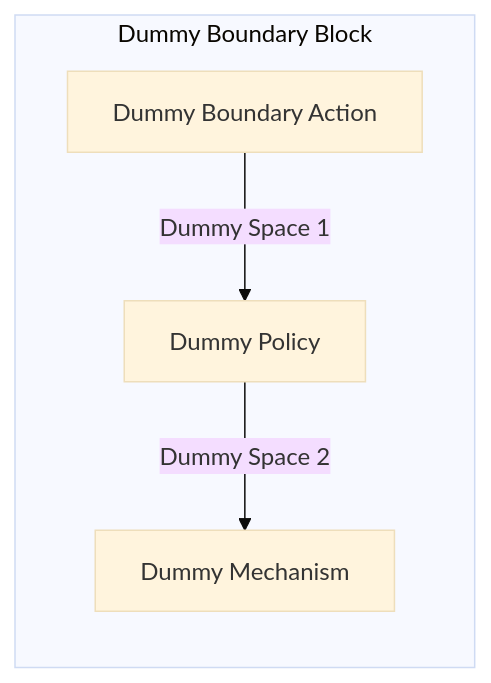
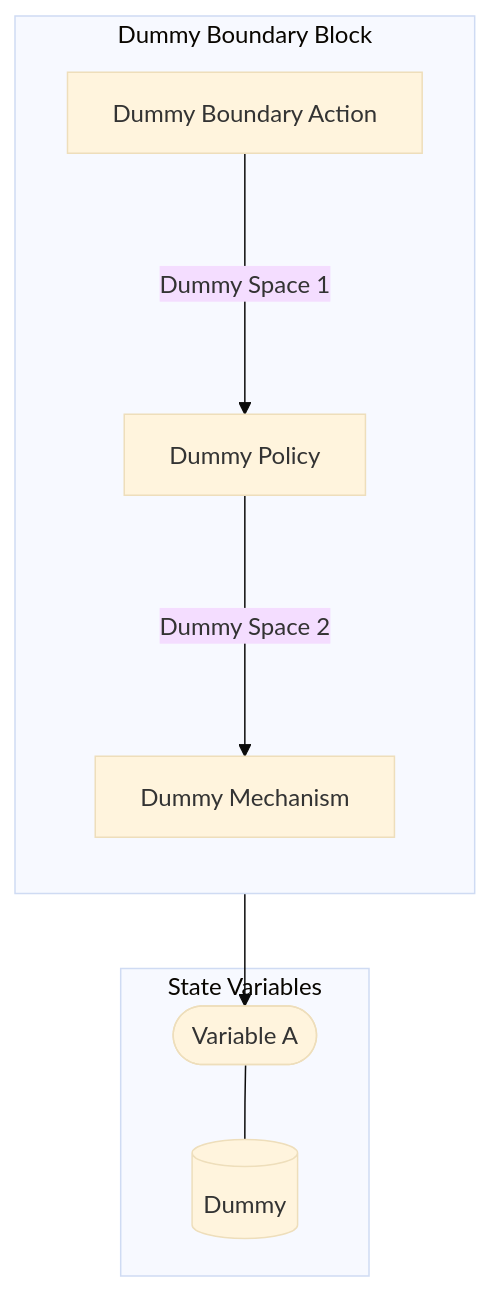
Before and after one commit to BlockScience/MSML: the diagram in examples/StarterRepo/reports/markdown/Wiring/Dummy Boundary Block.md, drawn with Mermaid (base theme). The commit also changed other lines of this file and 11 other files, not shown here.

````diff
--- a/examples/StarterRepo/reports/markdown/Wiring/Dummy Boundary Block.md
+++ b/examples/StarterRepo/reports/markdown/Wiring/Dummy Boundary Block.md
@@ -3,11 +3,19 @@
 ```mermaid
 graph TB
-subgraph X4[Dummy Boundary Block]
+
+subgraph SVS["State Variables"]
+EE0[("Dummy")]
+EES0(["Variable A"])
+EES0 --- EE0
+end
+
+subgraph X4["Dummy Boundary Block"]
 direction TB
-X1[Dummy Boundary Action]
-X2[Dummy Policy]
-X3[Dummy Mechanism]
-X1--"Dummy Space 1"-->X2
-X2--"Dummy Space 2"-->X3
+X1["Dummy Boundary Action"]
+X2["Dummy Policy"]
+X3["Dummy Mechanism"]
+X3 --> EES0
+X1--"Dummy Space 1"--->X2
+X2--"Dummy Space 2"--->X3
 end
 ```
````
